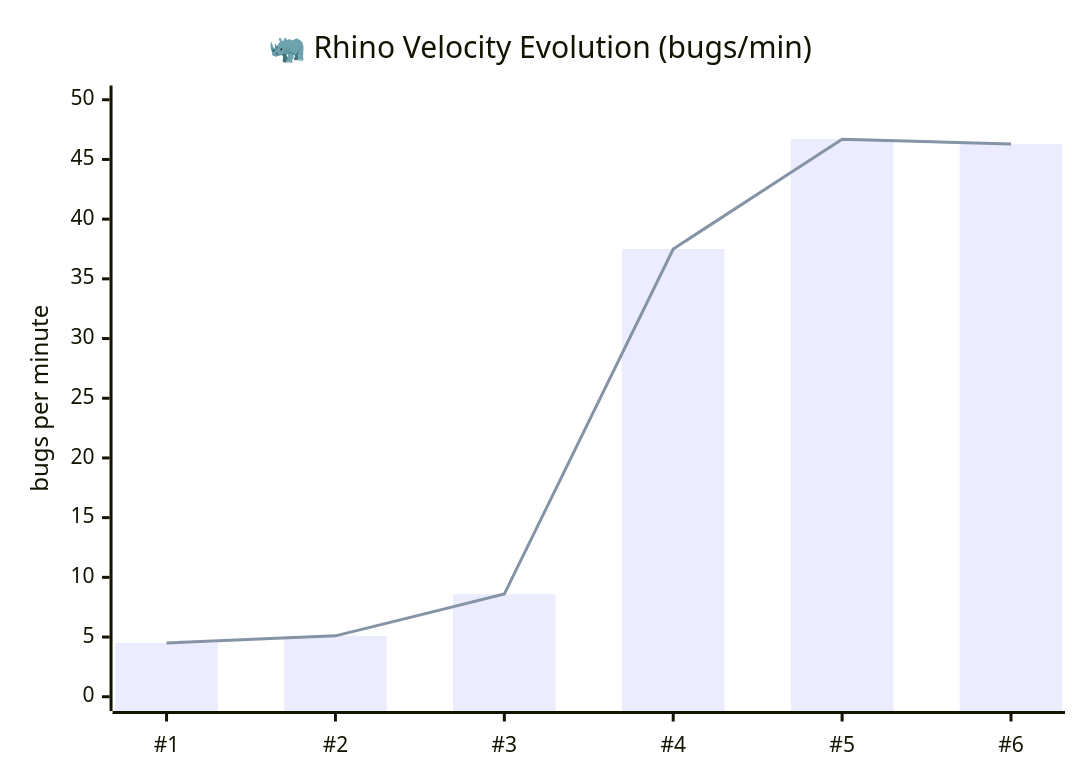
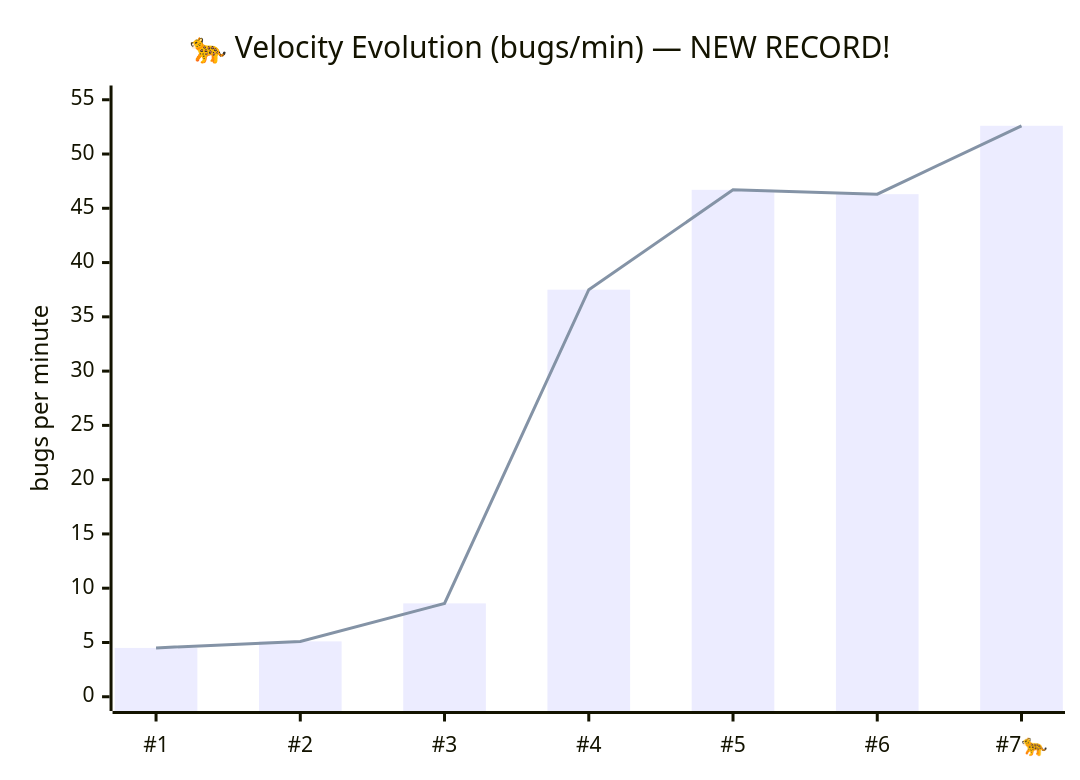
Before and after one commit to SimHacker/tmnn7-8: the second of 3 diagrams in analysis/activity/INDEX.md, drawn with Mermaid. The commit also changed other lines of this file and 3 other files, not shown here.

First line of the commit message:
🐆💨 Safari #7: THE CHEETAH RUN — 92 bugs @ 52.6/min NEW RECORD!

````diff
--- a/analysis/activity/INDEX.md
+++ b/analysis/activity/INDEX.md
@@ -165,8 +171,8 @@
 ```mermaid
 xychart-beta
-    title "🦏 Rhino Velocity Evolution (bugs/min)"
-    x-axis ["#1", "#2", "#3", "#4", "#5", "#6"]
-    y-axis "bugs per minute" 0 --> 50
-    bar [4.5, 5.1, 8.6, 37.5, 46.7, 46.3]
-    line [4.5, 5.1, 8.6, 37.5, 46.7, 46.3]
+    title "🐆 Velocity Evolution (bugs/min) — NEW RECORD!"
+    x-axis ["#1", "#2", "#3", "#4", "#5", "#6", "#7🐆"]
+    y-axis "bugs per minute" 0 --> 55
+    bar [4.5, 5.1, 8.6, 37.5, 46.7, 46.3, 52.6]
+    line [4.5, 5.1, 8.6, 37.5, 46.7, 46.3, 52.6]
 ```
````
